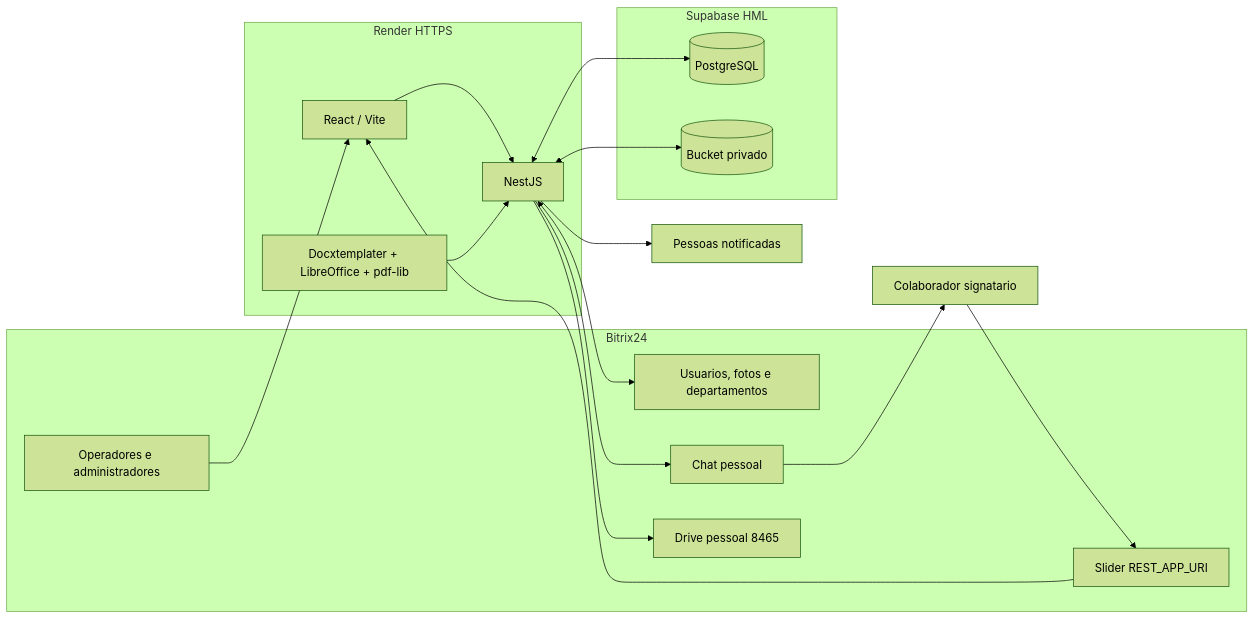
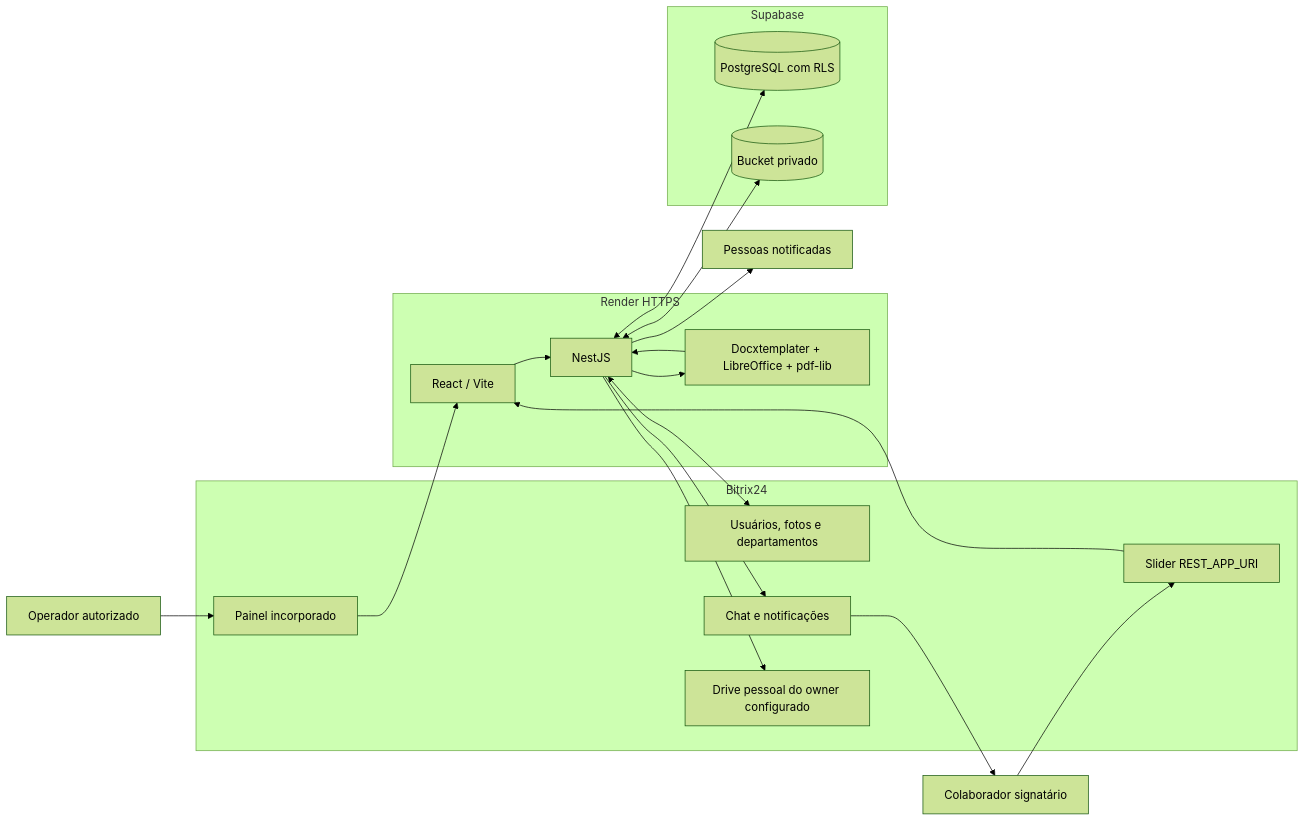
One commit to LucasNicotari/fortatech-termos-responsabilidade changed the first of 3 diagrams in docs/architecture.md. Above: the diagram before and after it, drawn with Mermaid (forest theme). The commit also changed other lines of this file and 52 other files, not shown here.

````diff
--- a/docs/architecture.md
+++ b/docs/architecture.md
@@ -9,37 +10,36 @@
 ```mermaid
 flowchart LR
   subgraph B24[Bitrix24]
-    ADMIN[Operadores e administradores]
-    USERS[Usuarios, fotos e departamentos]
-    CHAT[Chat pessoal]
+    PANEL[Painel incorporado]
+    DIRECTORY[Usuários, fotos e departamentos]
+    CHAT[Chat e notificações]
     SLIDER[Slider REST_APP_URI]
-    DRIVE[Drive pessoal 8465]
+    DRIVE[Drive pessoal do owner configurado]
   end
 
   subgraph RENDER[Render HTTPS]
     WEB[React / Vite]
     API[NestJS]
     DOC[Docxtemplater + LibreOffice + pdf-lib]
   end
 
-  subgraph SUPA[Supabase HML]
-    DB[(PostgreSQL)]
+  subgraph SUPA[Supabase]
+    DB[(PostgreSQL com RLS)]
     STORAGE[(Bucket privado)]
   end
 
-  SIGNER[Colaborador signatario]
-  NOTIFIED[Pessoas notificadas]
+  OP[Operador autorizado]
+  SIGNER[Colaborador signatário]
+  WATCHERS[Pessoas notificadas]
 
-  ADMIN --> WEB
+  OP --> PANEL --> WEB
   WEB --> API
-  API <--> USERS
-  API --> CHAT
+  API <--> DIRECTORY
+  API --> CHAT --> SIGNER
+  SIGNER --> SLIDER --> WEB
+  API --> WATCHERS
   API --> DRIVE
-  CHAT --> SIGNER
-  SIGNER --> SLIDER
-  SLIDER --> WEB
   API <--> DB
-  DOC --> API
   API <--> STORAGE
-  API --> NOTIFIED
+  API --> DOC --> API
 ```
````
